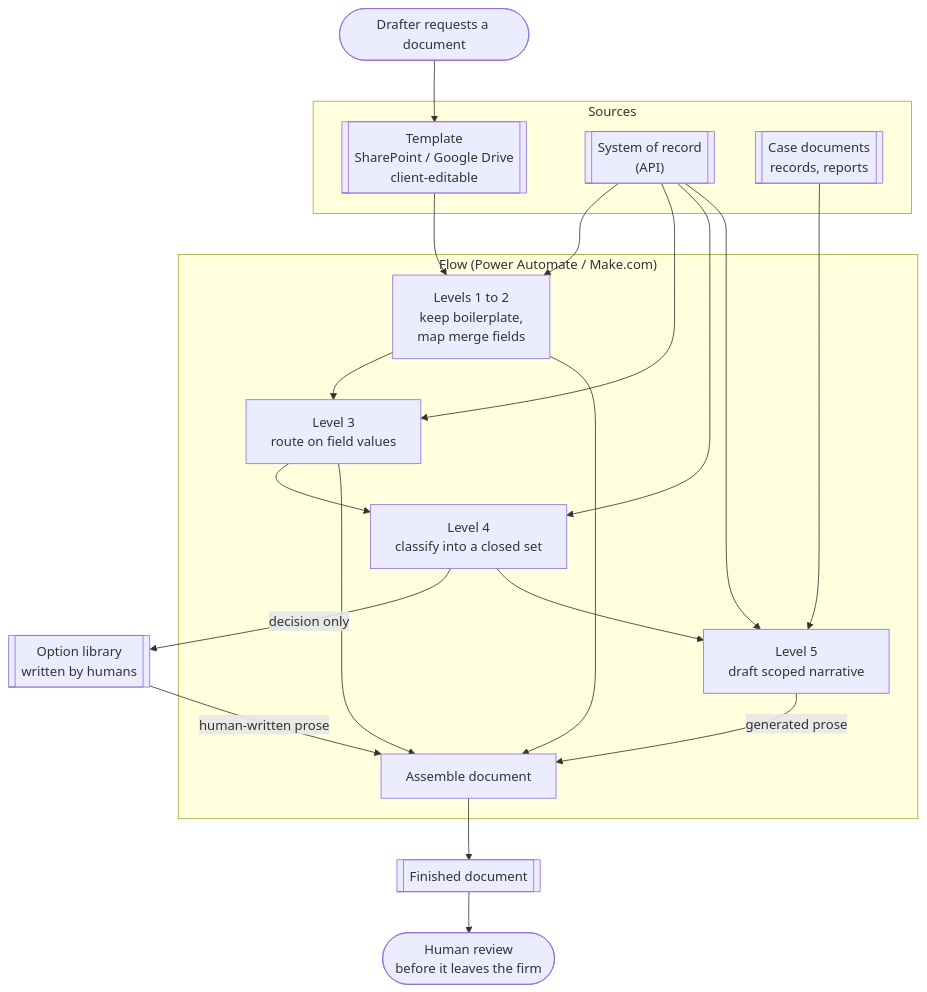
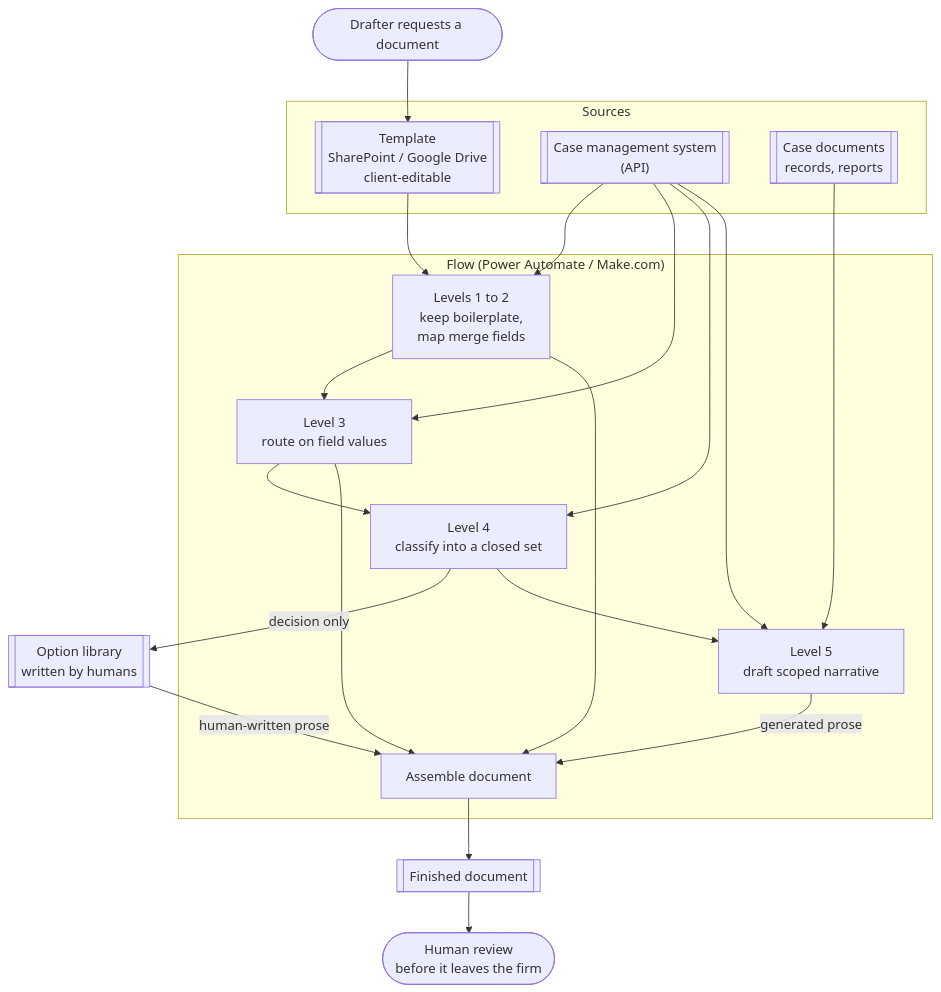
Before and after one commit to laraderosa-lab/laraderosa-solutions: the second of 2 diagrams in document-generation/README.md, drawn with Mermaid. The commit also changed other lines of this file and 3 other files, not shown here.

````diff
--- a/document-generation/README.md
+++ b/document-generation/README.md
@@ -160,38 +167,38 @@
 ```mermaid
 flowchart TB
     trigger(["Drafter requests a document"])
 
     subgraph sources["Sources"]
       tpl[["Template<br/>SharePoint / Google Drive<br/>client-editable"]]
-      sor[["System of record<br/>(API)"]]
+      sor[["Case management system<br/>(API)"]]
       docs[["Case documents<br/>records, reports"]]
     end
 
     subgraph flow["Flow (Power Automate / Make.com)"]
       l12["Levels 1 to 2<br/>keep boilerplate,<br/>map merge fields"]
       l3["Level 3<br/>route on field values"]
       l4["Level 4<br/>classify into a closed set"]
       l5["Level 5<br/>draft scoped narrative"]
       asm["Assemble document"]
     end
 
     opts[["Option library<br/>written by humans"]]
     out[["Finished document"]]
     review(["Human review<br/>before it leaves the firm"])
 
     trigger --> tpl --> l12
     sor --> l12
     l12 --> l3
     sor --> l3
     l3 --> l4
     sor --> l4
     l4 -->|"decision only"| opts
     opts -->|"human-written prose"| asm
     l3 --> asm
     l12 --> asm
     l4 --> l5
     docs --> l5
     sor --> l5
     l5 -->|"generated prose"| asm
     asm --> out --> review
 ```
````
